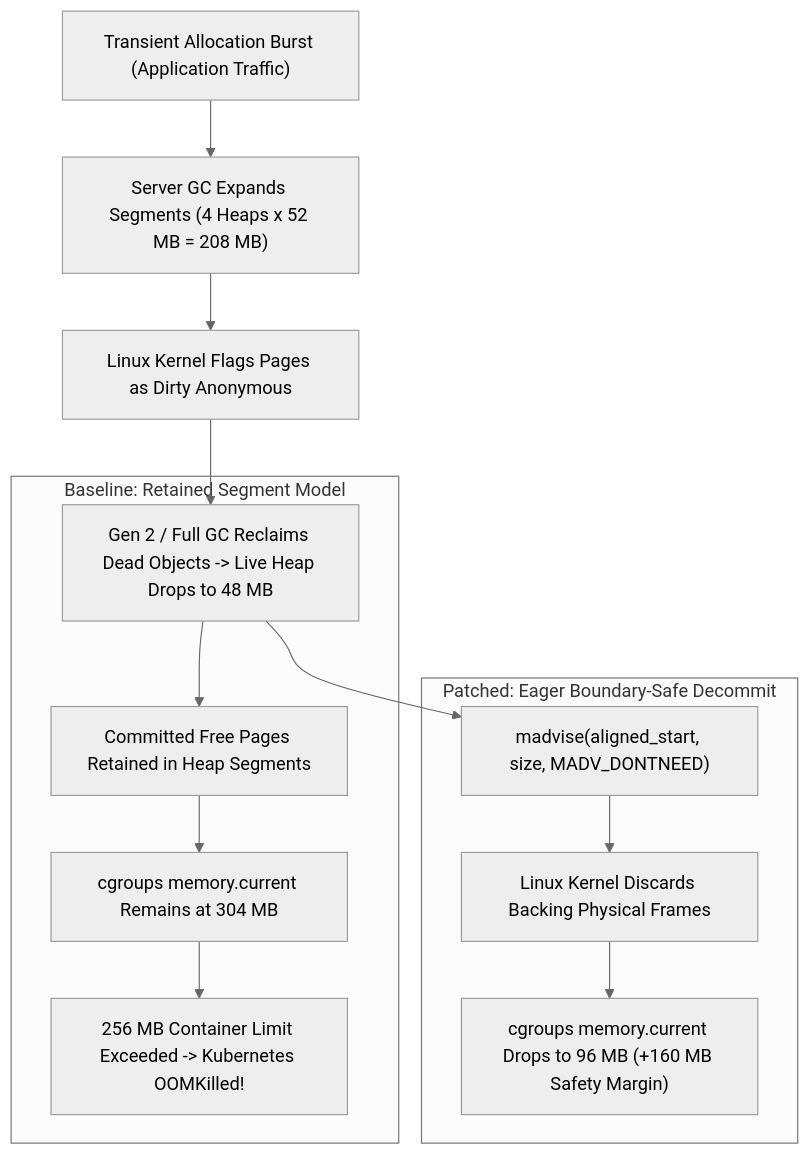
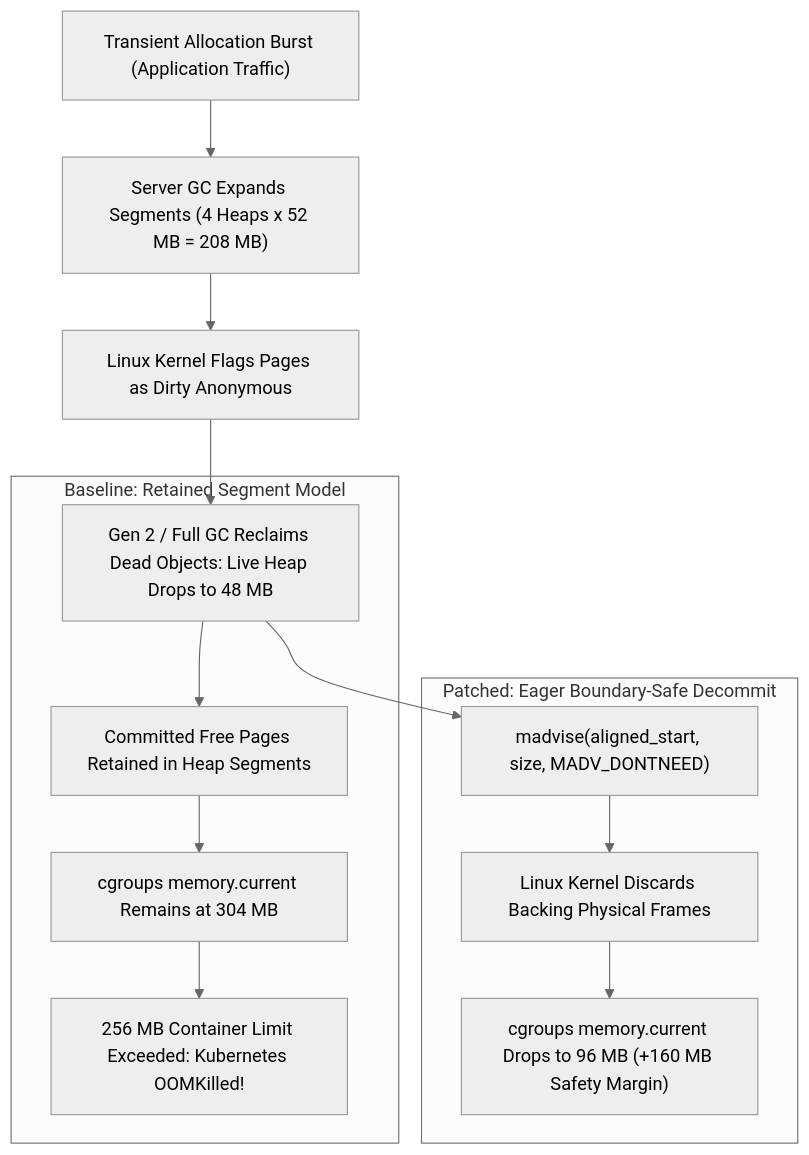
The diagram in Proyectos_en_Revision/11_dotnet_runtime_131659_coreclr_gc_cgroups_oom/README.md (cyberenigma-lgtm/UNIVERSAL-POLYGLOT-LAYER-UPL), drawn with Mermaid (neutral theme) before and after one commit. The commit also changed 1 other file, not shown here.

Commit message:
docs(cases): standardize Mermaid syntax and translate Case 10 README to English

````diff
--- a/Proyectos_en_Revision/11_dotnet_runtime_131659_coreclr_gc_cgroups_oom/README.md
+++ b/Proyectos_en_Revision/11_dotnet_runtime_131659_coreclr_gc_cgroups_oom/README.md
@@ -21,18 +21,18 @@
 ```mermaid
 flowchart TD
     A["Transient Allocation Burst (Application Traffic)"] --> B["Server GC Expands Segments (4 Heaps x 52 MB = 208 MB)"]
     B --> C["Linux Kernel Flags Pages as Dirty Anonymous"]
-    C --> D["Gen 2 / Full GC Reclaims Dead Objects -> Live Heap Drops to 48 MB"]
+    C --> D["Gen 2 / Full GC Reclaims Dead Objects: Live Heap Drops to 48 MB"]
     
-    subgraph Baseline: Retained Segment Model
+    subgraph Baseline["Baseline: Retained Segment Model"]
         D --> E["Committed Free Pages Retained in Heap Segments"]
         E --> F["cgroups memory.current Remains at 304 MB"]
-        F --> G["256 MB Container Limit Exceeded -> Kubernetes OOMKilled!"]
+        F --> G["256 MB Container Limit Exceeded: Kubernetes OOMKilled!"]
     end
 
-    subgraph Patched: Eager Boundary-Safe Decommit
+    subgraph Patched["Patched: Eager Boundary-Safe Decommit"]
         D --> H["madvise(aligned_start, size, MADV_DONTNEED)"]
         H --> I["Linux Kernel Discards Backing Physical Frames"]
         I --> J["cgroups memory.current Drops to 96 MB (+160 MB Safety Margin)"]
     end
 ```
````
